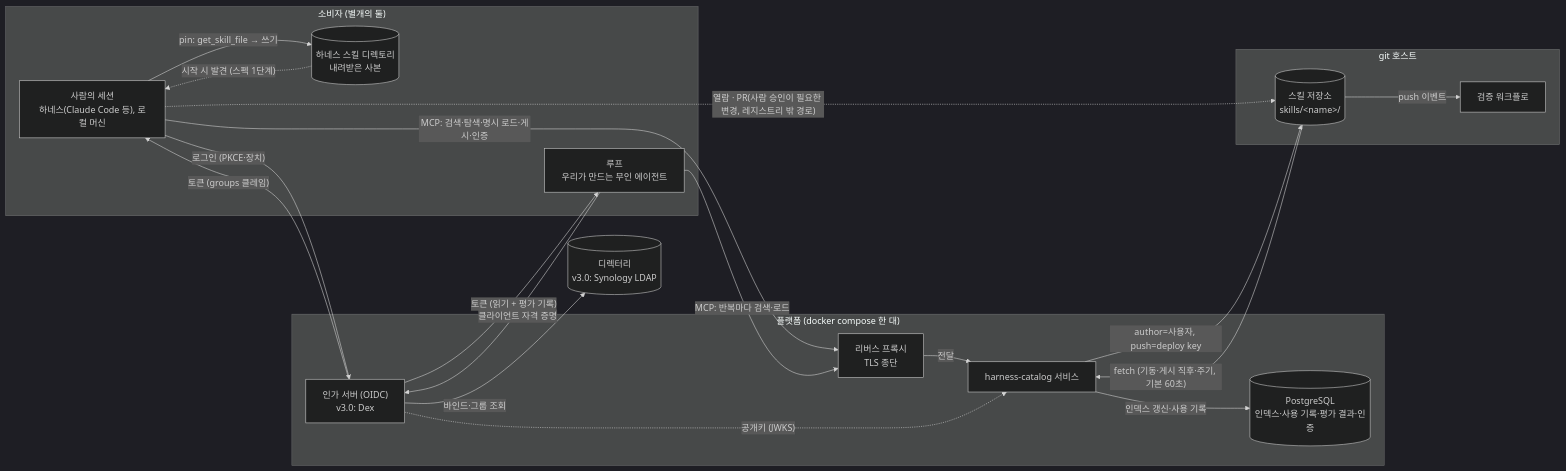
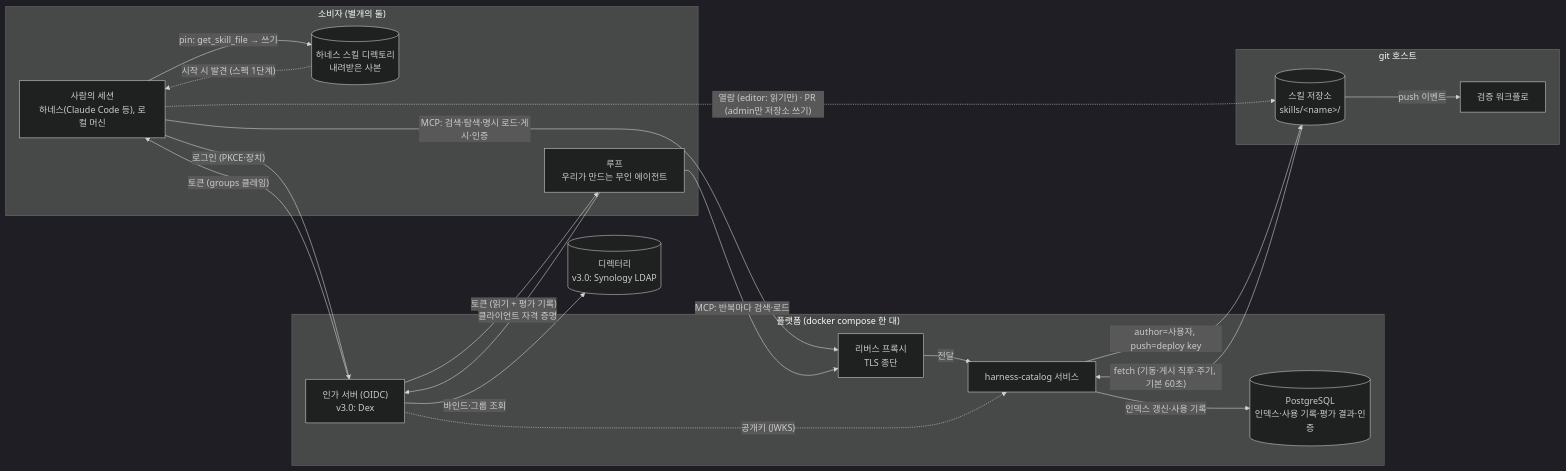
The first of 4 diagrams in DESIGN.md (alteralab/harness-catalog), drawn with Mermaid (dark theme) before and after one commit. The commit also changed other lines of this file and 4 other files, not shown here.

````diff
--- a/DESIGN.md
+++ b/DESIGN.md
@@ -43,35 +43,35 @@
 ```mermaid
 flowchart LR
     subgraph EDGE["소비자 (별개의 둘)"]
         HUMAN["사람의 세션<br/>하네스(Claude Code 등), 로컬 머신"]
         LOOP["루프<br/>우리가 만드는 무인 에이전트"]
         LOCAL[("하네스 스킬 디렉토리<br/>내려받은 사본")]
     end
     DIR[("디렉터리<br/>v3.0: Synology LDAP")]
     subgraph PLATFORM["플랫폼 (docker compose 한 대)"]
         PROXY["리버스 프록시<br/>TLS 종단"]
         AUTHS["인가 서버 (OIDC)<br/>v3.0: Dex"]
         REG["harness-catalog 서비스"]
         PG[("PostgreSQL<br/>인덱스·사용 기록·평가 결과·인증")]
     end
     subgraph GIT["git 호스트"]
         REPO[("스킬 저장소<br/>skills/&lt;name&gt;/")]
         CI["검증 워크플로"]
     end
     HUMAN -- "로그인 (PKCE·장치)" --> AUTHS
     LOOP -- "클라이언트 자격 증명" --> AUTHS
     AUTHS -- "바인드·그룹 조회" --> DIR
     AUTHS -- "토큰 (groups 클레임)" --> HUMAN
     AUTHS -- "토큰 (읽기 + 평가 기록)" --> LOOP
     HUMAN -- "MCP: 검색·탐색·명시 로드·게시·인증" --> PROXY
     LOOP -- "MCP: 반복마다 검색·로드" --> PROXY
     PROXY -- "전달" --> REG
     AUTHS -. "공개키 (JWKS)" .-> REG
     REG -- "인덱스 갱신·사용 기록" --> PG
     REPO -- "fetch (기동·게시 직후·주기, 기본 60초)" --> REG
     REG -- "author=사용자, push=deploy key" --> REPO
     REPO -- "push 이벤트" --> CI
     HUMAN -- "pin: get_skill_file → 쓰기" --> LOCAL
     LOCAL -. "시작 시 발견 (스펙 1단계)" .-> HUMAN
-    HUMAN -. "열람 · PR(사람 승인이 필요한 변경, 레지스트리 밖 경로)" .-> REPO
+    HUMAN -. "열람 (editor: 읽기만) · PR (admin만 저장소 쓰기)" .-> REPO
 ```
````
